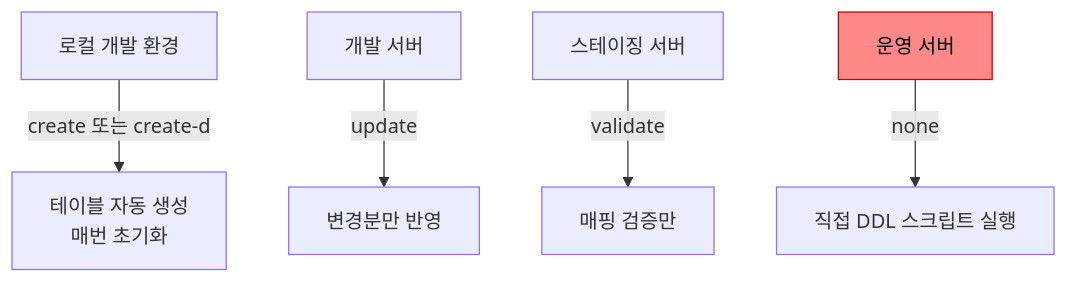
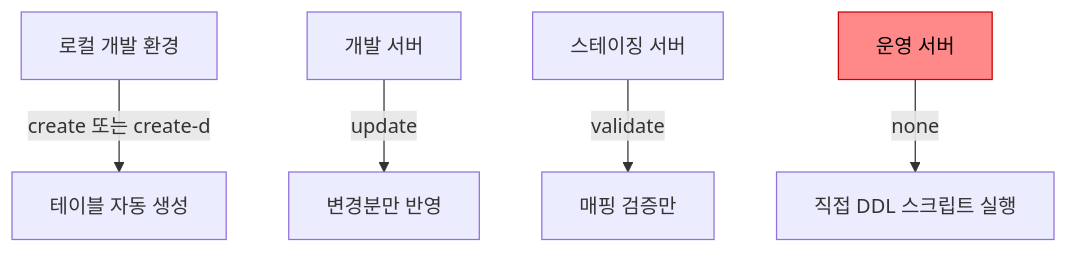
One commit to yjkim2015/yjkim2015.github.io changed the first of 2 diagrams in _posts/jpa/2021-10-30-엔티티 매핑.md. Above: the diagram before and after it, drawn with Mermaid. The commit also changed other lines of this file and 217 other files, not shown here.

First line of the commit message:
Mermaid 크기 수정: useMaxWidth:true + SVG max-width:100% + 라벨 축소

````diff
--- a/_posts/jpa/2021-10-30-엔티티 매핑.md
+++ b/_posts/jpa/2021-10-30-엔티티 매핑.md
@@ -77,12 +77,12 @@
 ```mermaid
 graph TD
     LOCAL["로컬 개발 환경"]
     DEV["개발 서버"]
     STAGE["스테이징 서버"]
     PROD["운영 서버"]
-    LOCAL -->|"create 또는 create-d"| LC["테이블 자동 생성\n매번 초기화"]
+    LOCAL -->|"create 또는 create-d"| LC["테이블 자동 생성"]
     DEV -->|"update"| DC["변경분만 반영"]
     STAGE -->|"validate"| SC["매핑 검증만"]
     PROD -->|"none"| PC["직접 DDL 스크립트 실행"]
     style PROD fill:#f88,stroke:#c00,color:#000
 ```
````
